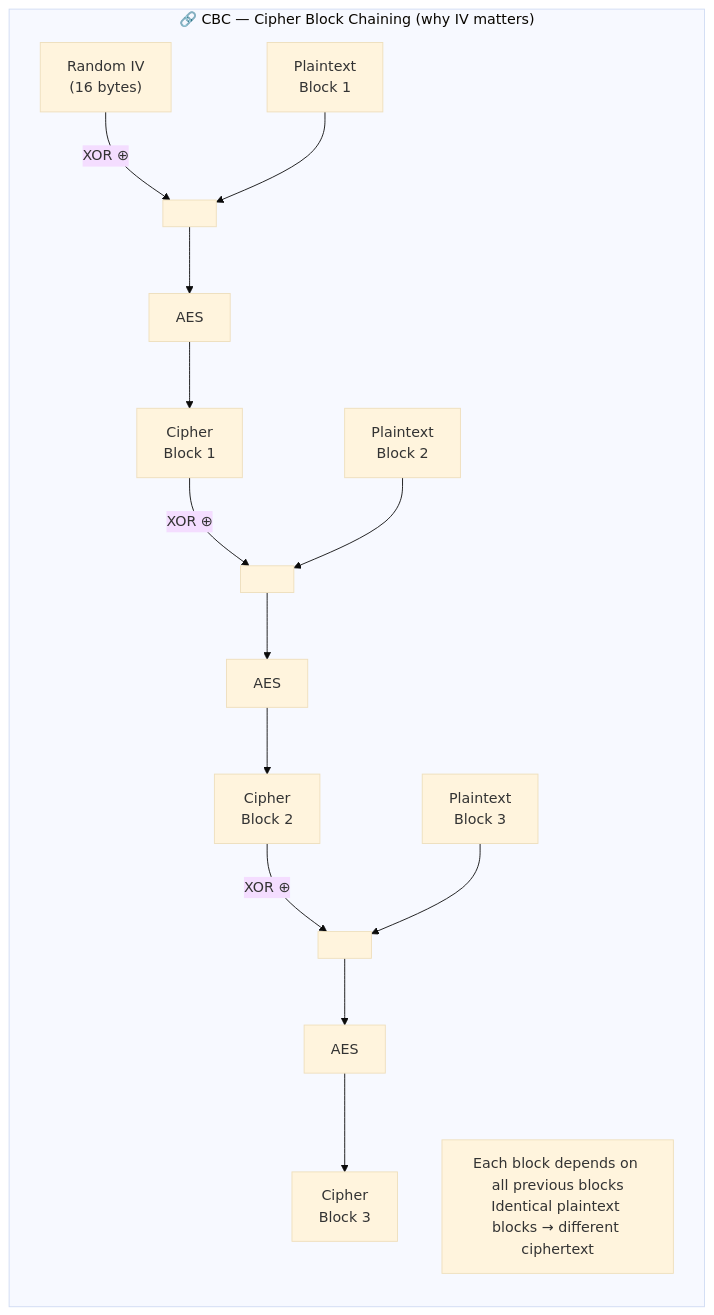
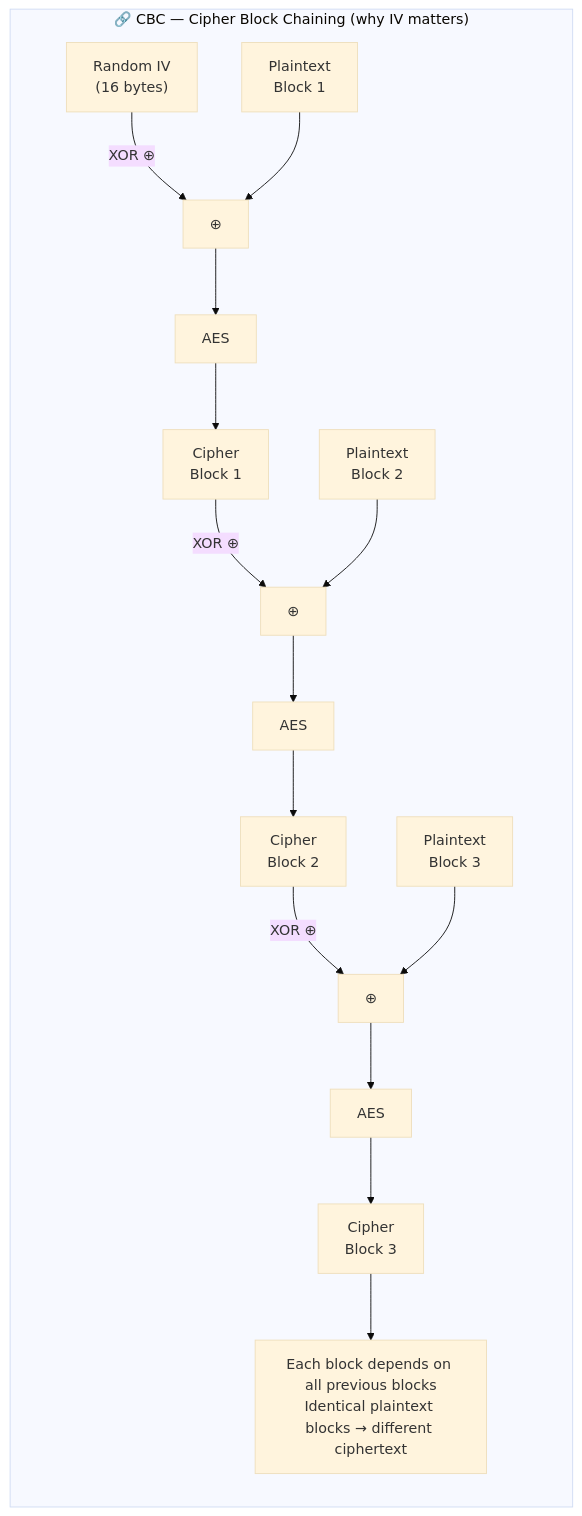
One commit to csoares/SecurityJava changed the second of 3 diagrams in src/main/java/security/encryption/symmetric/README.md. Above: the diagram before and after it, drawn with Mermaid (base theme). The commit also changed other lines of this file and 23 other files, not shown here.

Commit message:
Refine README diagrams and descriptions for clarity and accuracy

````diff
--- a/src/main/java/security/encryption/symmetric/README.md
+++ b/src/main/java/security/encryption/symmetric/README.md
@@ -38,12 +38,12 @@
 ```mermaid
 flowchart LR
     subgraph CBCChain ["🔗 CBC — Cipher Block Chaining (why IV matters)"]
-        IV["Random IV\n(16 bytes)"] -->|"XOR ⊕"| XOR1[" "]
-        P1["Plaintext\nBlock 1"] --> XOR1 --> AES1["AES"] --> C1["Cipher\nBlock 1"]
-        C1 -->|"XOR ⊕"| XOR2[" "]
-        P2["Plaintext\nBlock 2"] --> XOR2 --> AES2["AES"] --> C2["Cipher\nBlock 2"]
-        C2 -->|"XOR ⊕"| XOR3[" "]
-        P3["Plaintext\nBlock 3"] --> XOR3 --> AES3["AES"] --> C3["Cipher\nBlock 3"]
-        NOTE["Each block depends on all previous blocks\nIdentical plaintext blocks → different ciphertext"]
+        IV["Random IV<br/>(16 bytes)"] -->|"XOR ⊕"| XOR1["⊕"]
+        P1["Plaintext<br/>Block 1"] --> XOR1 --> AES1["AES"] --> C1["Cipher<br/>Block 1"]
+        C1 -->|"XOR ⊕"| XOR2["⊕"]
+        P2["Plaintext<br/>Block 2"] --> XOR2 --> AES2["AES"] --> C2["Cipher<br/>Block 2"]
+        C2 -->|"XOR ⊕"| XOR3["⊕"]
+        P3["Plaintext<br/>Block 3"] --> XOR3 --> AES3["AES"] --> C3["Cipher<br/>Block 3"]
+        C3 --> NOTE["Each block depends on all previous blocks<br/>Identical plaintext blocks → different ciphertext"]
     end
 ```
````
